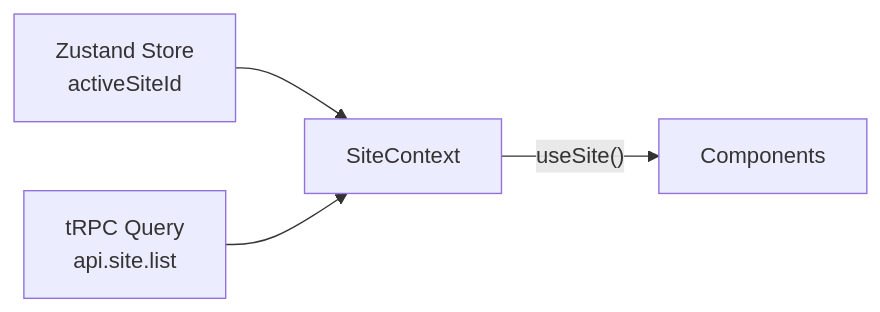
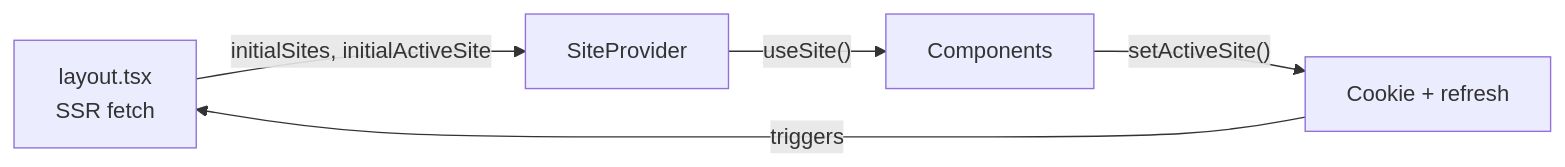
One commit to prop-intel/propintel changed the third of 4 diagrams in .docs/frontend-architecture.md. Above: the diagram before and after it, drawn with Mermaid. The commit also changed other lines of this file and 5 other files, not shown here.

````diff
--- a/.docs/frontend-architecture.md
+++ b/.docs/frontend-architecture.md
@@ -235,6 +278,7 @@
 ```mermaid
 flowchart LR
-    ZS[Zustand Store<br/>activeSiteId] --> SC[SiteContext]
-    TQ[tRPC Query<br/>api.site.list] --> SC
-    SC --> |"useSite()"| Components
+    LAYOUT[layout.tsx<br/>SSR fetch] -->|"initialSites, initialActiveSite"| SP[SiteProvider]
+    SP -->|"useSite()"| Components
+    Components -->|"setActiveSite()"| COOKIE[Cookie + refresh]
+    COOKIE -->|"triggers"| LAYOUT
 ```
````
